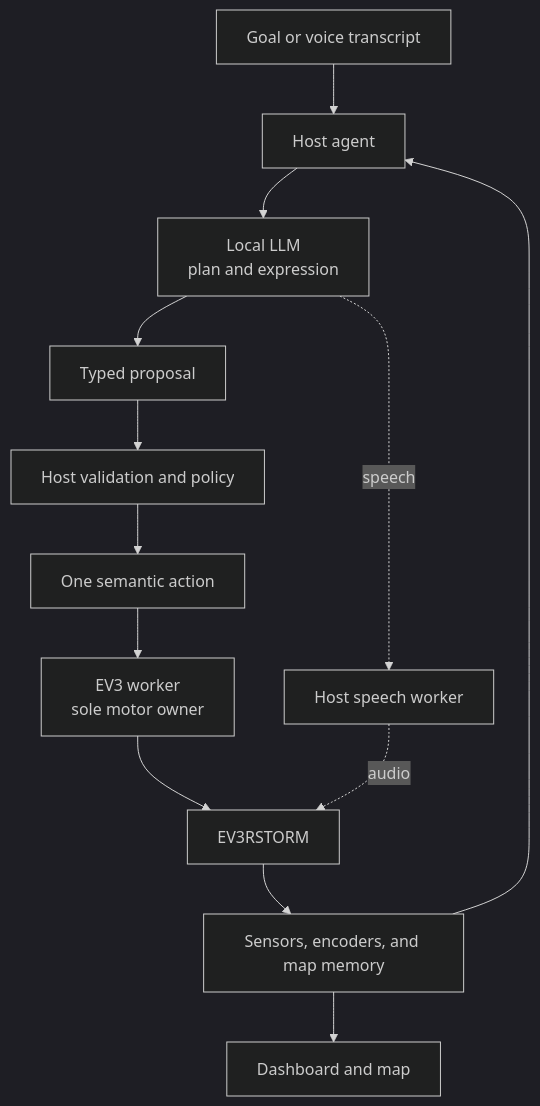
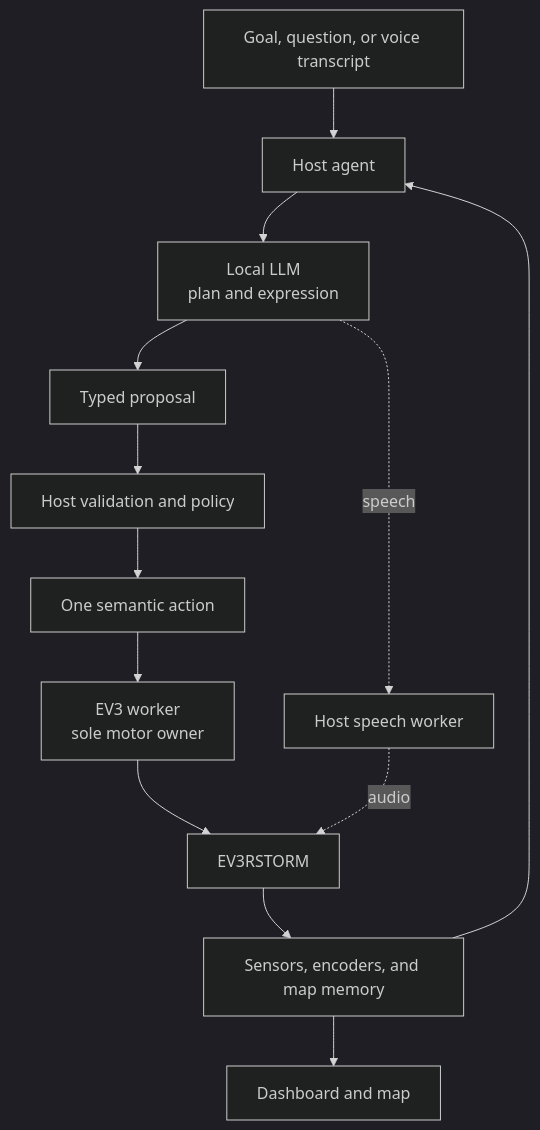
Before and after one commit to Jawbreaker1/robot-llm: the diagram in README.md, drawn with Mermaid (dark theme). The commit also changed other lines of this file and 22 other files, not shown here.

````diff
--- a/README.md
+++ b/README.md
@@ -81,15 +81,15 @@
 ```mermaid
 flowchart TD
-    U["Goal or voice transcript"] --> H["Host agent"]
+    U["Goal, question, or voice transcript"] --> H["Host agent"]
     S["Sensors, encoders, and map memory"] --> H
     H --> L["Local LLM<br/>plan and expression"]
     L --> V["Typed proposal"]
     V --> P["Host validation and policy"]
     P --> A["One semantic action"]
     A --> W["EV3 worker<br/>sole motor owner"]
     W --> R["EV3RSTORM"]
     R --> S
     L -. speech .-> T["Host speech worker"]
     T -. audio .-> R
     S --> D["Dashboard and map"]
 ```
````
